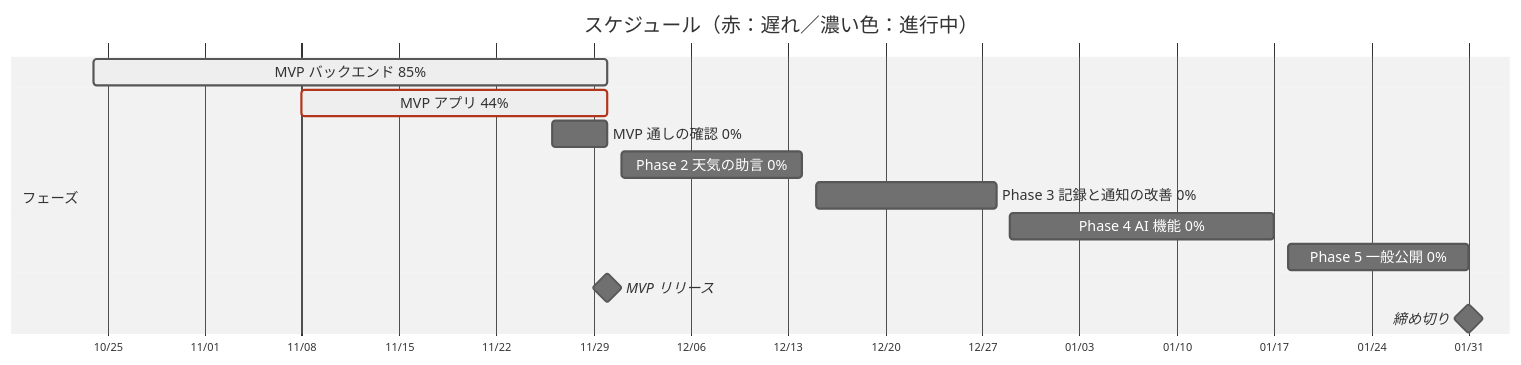
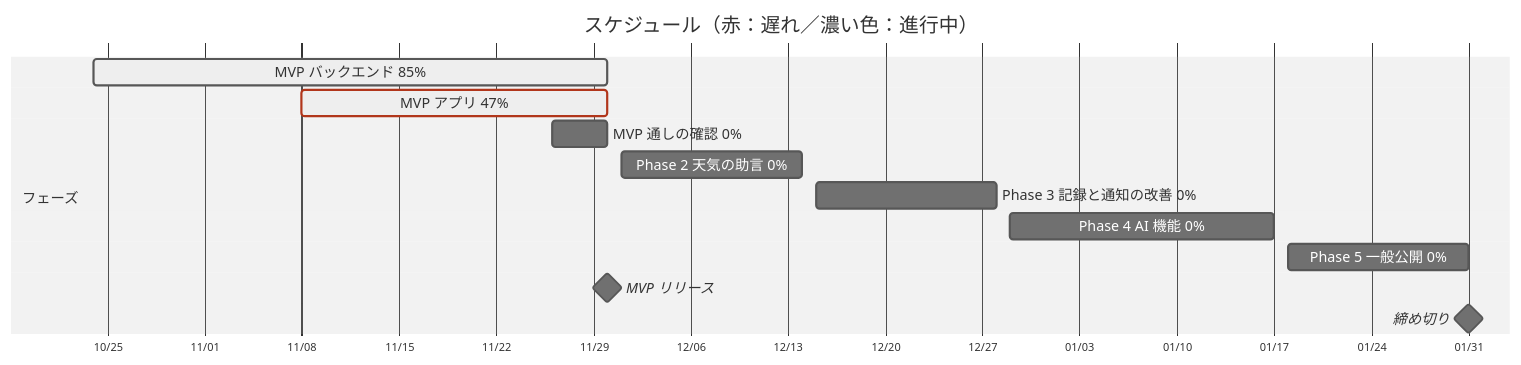
One commit to ch00z00/uchinokusa changed the diagram in README.md. Above: the diagram before and after it, drawn with Mermaid (neutral theme). The commit also changed other lines of this file and 2 other files, not shown here.

````diff
--- a/README.md
+++ b/README.md
@@ -27,17 +26,17 @@
 ```mermaid
 %%{init: {"gantt": {"useWidth": 1400, "useMaxWidth": false, "barHeight": 24, "fontSize": 13, "sectionFontSize": 13}}}%%
 gantt
     title スケジュール（赤：遅れ／濃い色：進行中）
     dateFormat YYYY-MM-DD
     axisFormat %m/%d
     section フェーズ
     MVP バックエンド 85% :active, backend, 2026-10-24, 2026-11-30
-    MVP アプリ 44% :crit, active, app, 2026-11-08, 2026-11-30
+    MVP アプリ 47% :crit, active, app, 2026-11-08, 2026-11-30
     MVP 通しの確認 0% :e2e, 2026-11-26, 2026-11-30
     Phase 2 天気の助言 0% :p2, 2026-12-01, 2026-12-14
     Phase 3 記録と通知の改善 0% :p3, 2026-12-15, 2026-12-28
     Phase 4 AI 機能 0% :p4, 2026-12-29, 2027-01-17
     Phase 5 一般公開 0% :p5, 2027-01-18, 2027-01-31
     MVP リリース :milestone, m0, 2026-11-30, 0d
     締め切り :milestone, deadline, 2027-01-31, 0d
 ```
````
